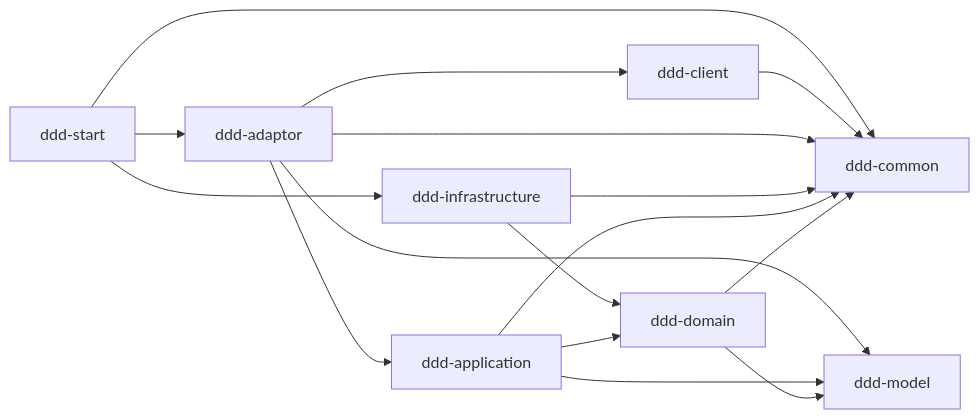
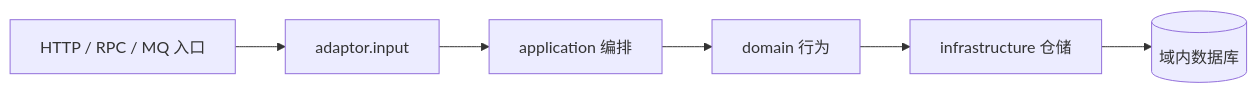
The first of 3 diagrams in AI/output/04 技术方案.md (tcmonkey/ddd), drawn with Mermaid before and after one commit. The commit also changed other lines of this file and 27 other files, not shown here.

````diff
--- a/AI/output/04 技术方案.md
+++ b/AI/output/04 技术方案.md
@@ -85,18 +46,8 @@
 ```mermaid
 flowchart LR
-    START[ddd-start] --> ADAPTOR[ddd-adaptor]
-    START --> INFRA[ddd-infrastructure]
-    START --> COMMON[ddd-common]
-    ADAPTOR --> CLIENT[ddd-client]
-    CLIENT --> COMMON
-    ADAPTOR --> APP[ddd-application]
-    ADAPTOR --> MODEL[ddd-model]
-    ADAPTOR --> COMMON
-    INFRA --> DOMAIN[ddd-domain]
-    INFRA --> COMMON
-    APP --> DOMAIN
-    APP --> MODEL
-    APP --> COMMON
-    DOMAIN --> COMMON
-    DOMAIN --> MODEL
+    H[HTTP / RPC / MQ 入口] --> I[adaptor.input]
+    I --> A[application 编排]
+    A --> D[domain 行为]
+    D --> R[infrastructure 仓储]
+    R --> DB[(域内数据库)]
 ```
````
